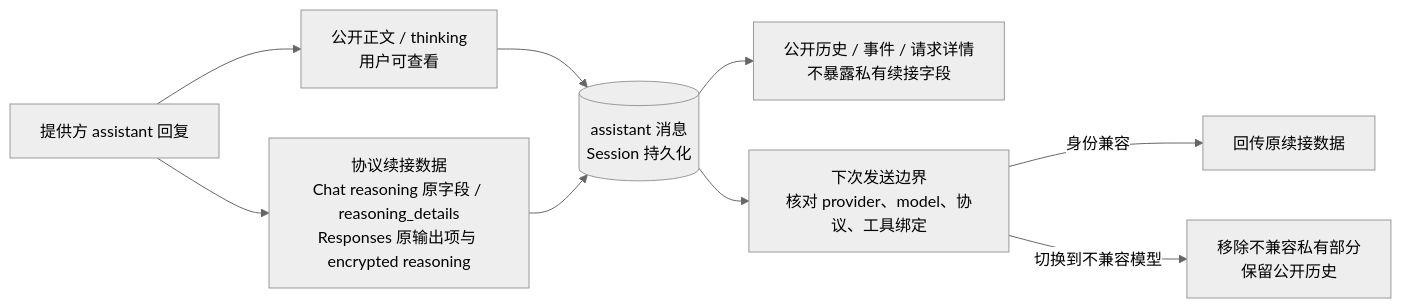
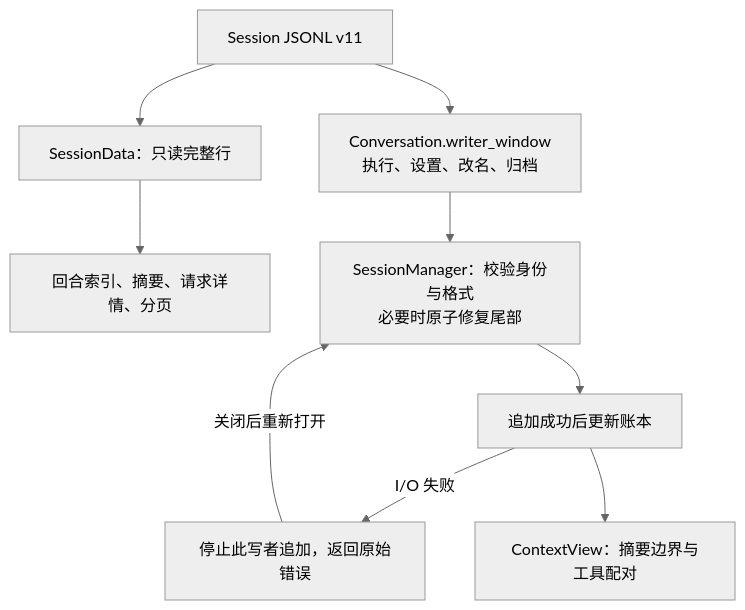
One commit to qjcnmd/singularity-agent changed diagram 14 of 14 in docs/architecture.md. Above: the diagram before and after it, drawn with Mermaid (neutral theme). The commit also changed other lines of this file and 9 other files, not shown here.

````diff
--- a/docs/architecture.md
+++ b/docs/architecture.md
@@ -561,11 +464,11 @@
 ```mermaid
-flowchart LR
-    Reply["提供方 assistant 回复"] --> Visible["公开正文 / thinking<br/>用户可查看"]
-    Reply --> Private["协议续接数据<br/>Chat reasoning 原字段 / reasoning_details<br/>Responses 原输出项与 encrypted reasoning"]
-    Visible --> Session[("assistant 消息<br/>Session 持久化")]
-    Private --> Session
-    Session --> History["公开历史 / 事件 / 请求详情<br/>不暴露私有续接字段"]
-    Session --> Boundary["下次发送边界<br/>核对 provider、model、协议、工具绑定"]
-    Boundary -->|"身份兼容"| Continue["回传原续接数据"]
-    Boundary -->|"切换到不兼容模型"| PublicOnly["移除不兼容私有部分<br/>保留公开历史"]
+flowchart TB
+    File["Session JSONL v11"] --> Read["SessionData：只读完整行"]
+    Read --> History["回合索引、摘要、请求详情、分页"]
+    File --> Window["Conversation.writer_window<br/>执行、设置、改名、归档"]
+    Window --> Open["SessionManager：校验身份与格式<br/>必要时原子修复尾部"]
+    Open --> Append["追加成功后更新账本"]
+    Append -->|"I/O 失败"| Fail["停止此写者追加，返回原始错误"]
+    Fail -->|"关闭后重新打开"| Open
+    Append --> Context["ContextView：摘要边界与工具配对"]
 ```
````
